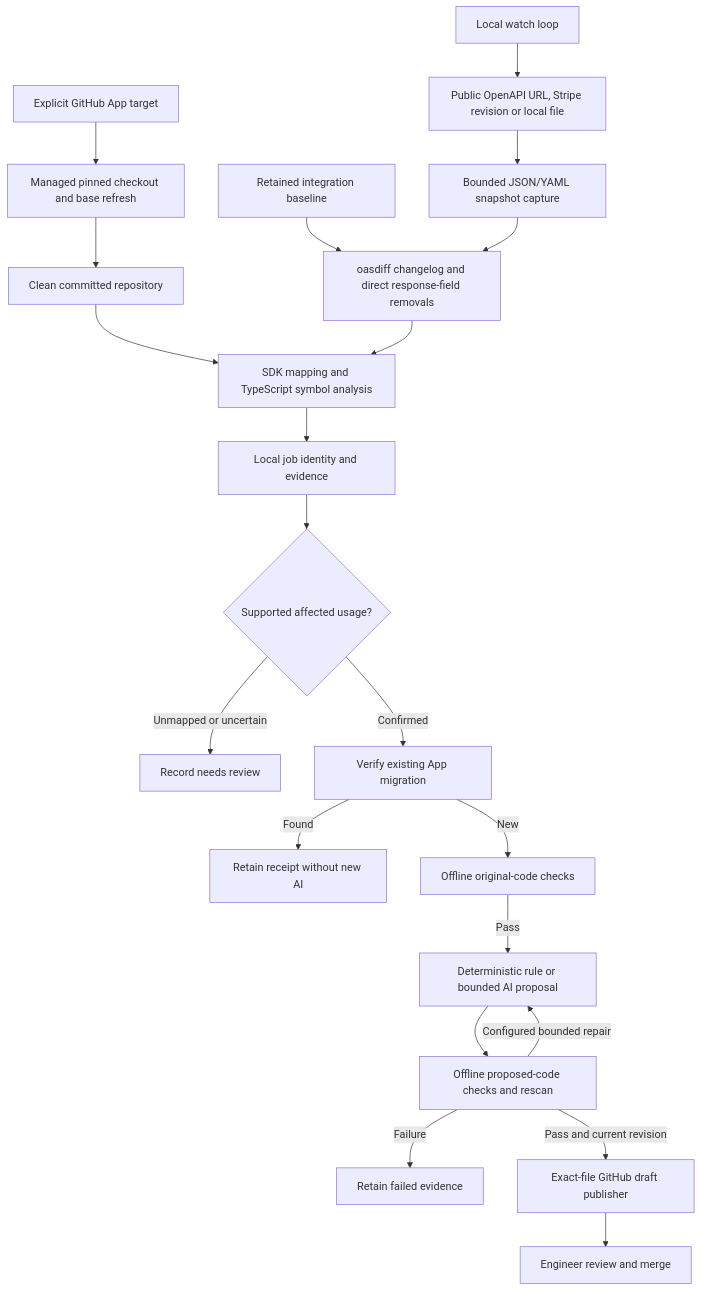
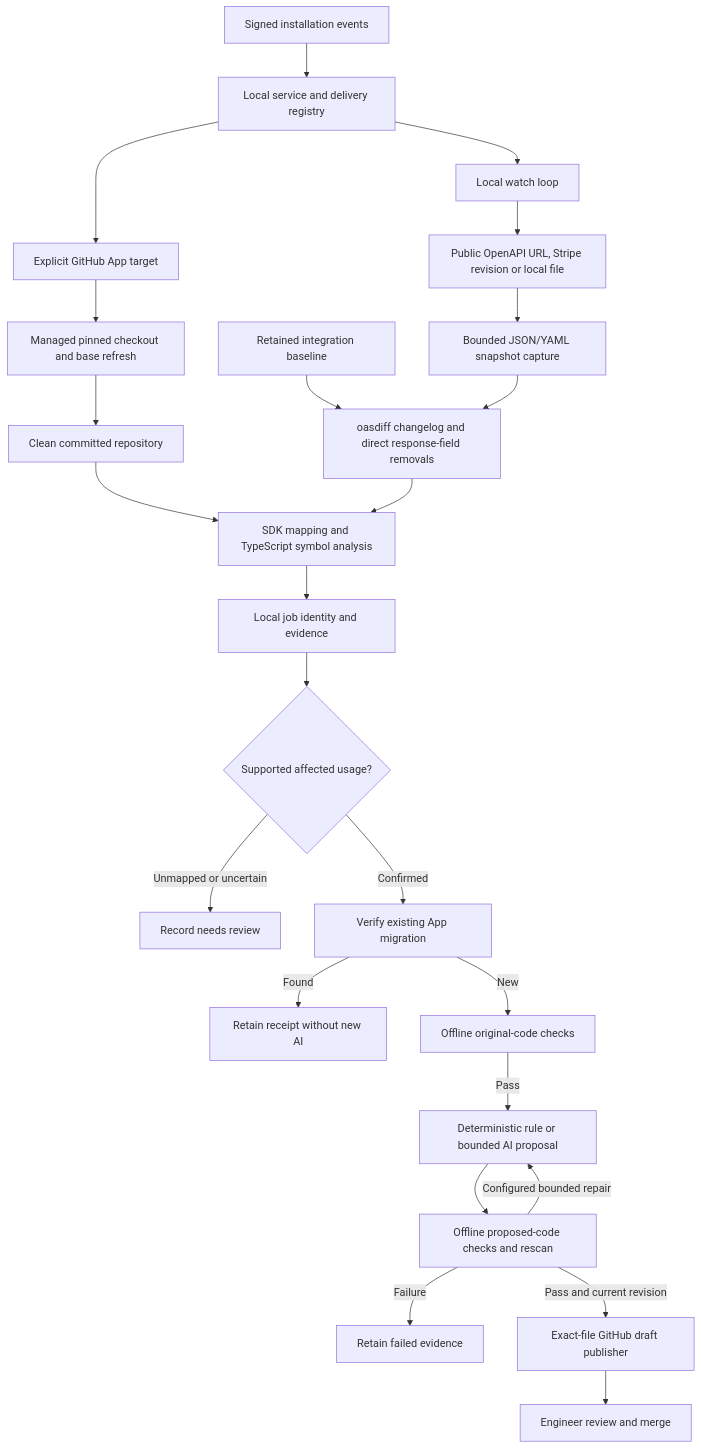
One commit to pierceluu10/Refit changed the first of 2 diagrams in docs/ARCHITECTURE.md. Above: the diagram before and after it, drawn with Mermaid. The commit also changed other lines of this file and 5 other files, not shown here.

Commit message:
docs: document local service pilot and public webhook setup

````diff
--- a/docs/ARCHITECTURE.md
+++ b/docs/ARCHITECTURE.md
@@ -7,23 +7,26 @@
 ```mermaid
 flowchart TD
   SOURCE[Public OpenAPI URL, Stripe revision or local file] --> SNAP[Bounded JSON/YAML snapshot capture]
   BASE[Retained integration baseline] --> DIFF[oasdiff changelog and direct response-field removals]
   SNAP --> DIFF
   APP[Explicit GitHub App target] --> CLONE[Managed pinned checkout and base refresh]
   CLONE --> REPO[Clean committed repository]
   REPO --> SCAN[SDK mapping and TypeScript symbol analysis]
   DIFF --> SCAN
   SCAN --> STATE[Local job identity and evidence]
   STATE --> GATE{Supported affected usage?}
   GATE -->|Unmapped or uncertain| REVIEW[Record needs review]
   GATE -->|Confirmed| EXISTING[Verify existing App migration]
   EXISTING -->|Found| REUSE[Retain receipt without new AI]
   EXISTING -->|New| BASECHECK[Offline original-code checks]
   BASECHECK -->|Pass| PATCH[Deterministic rule or bounded AI proposal]
   PATCH --> CHECK[Offline proposed-code checks and rescan]
   CHECK -->|Configured bounded repair| PATCH
   CHECK -->|Failure| FAILED[Retain failed evidence]
   CHECK -->|Pass and current revision| PR[Exact-file GitHub draft publisher]
   PR --> HUMAN[Engineer review and merge]
   POLL[Local watch loop] --> SOURCE
+  WEBHOOK[Signed installation events] --> SERVICE[Local service and delivery registry]
+  SERVICE --> POLL
+  SERVICE --> APP
 ```
````
